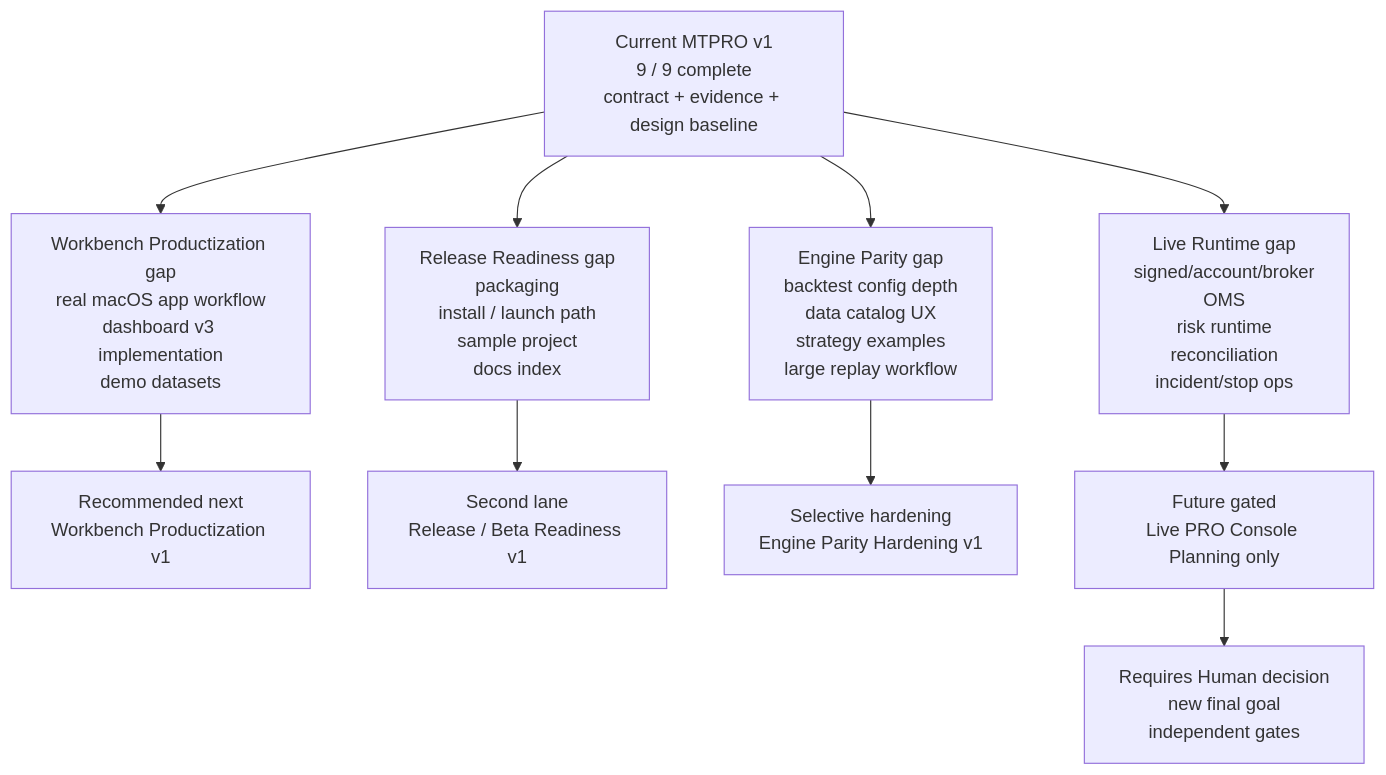
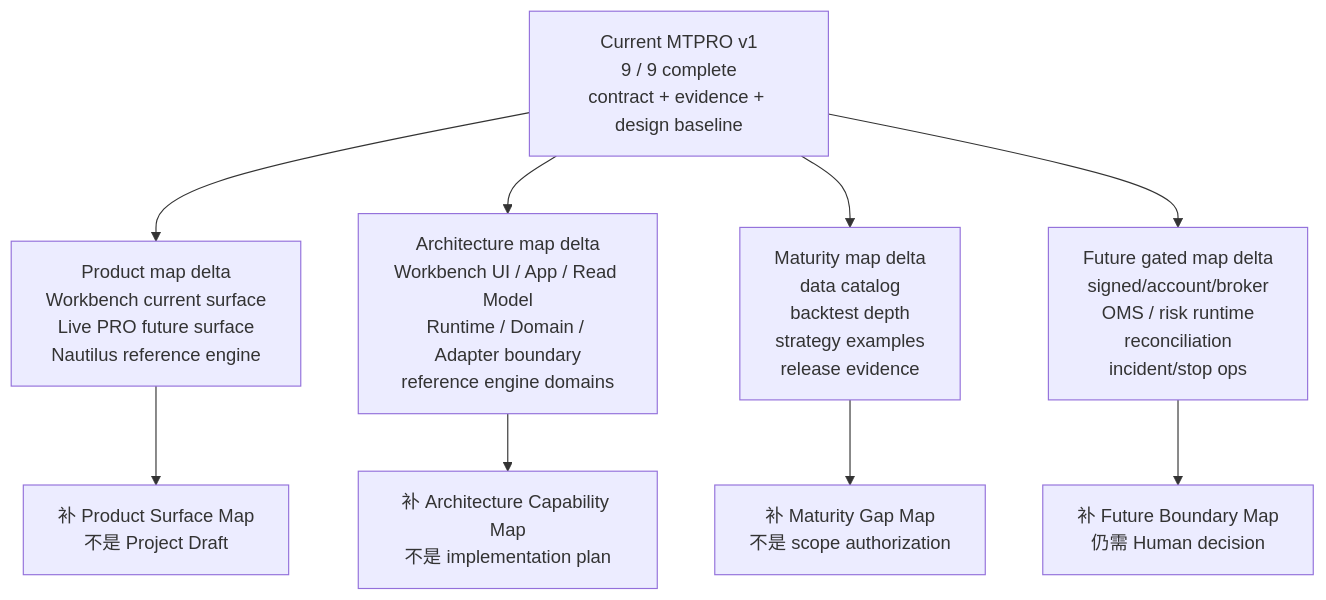
The second of 3 diagrams in docs/product/mtpro-reference-alignment-gap-map-v1.md (atxinbao/MTPRO), drawn with Mermaid before and after one commit. The commit also changed other lines of this file and 4 other files, not shown here.

Commit message:
Refine reference gap map as map delta

````diff
--- a/docs/product/mtpro-reference-alignment-gap-map-v1.md
+++ b/docs/product/mtpro-reference-alignment-gap-map-v1.md
@@ -109,16 +137,14 @@
 ```mermaid
 flowchart TD
     A["Current MTPRO v1<br/>9 / 9 complete<br/>contract + evidence + design baseline"]
 
-    A --> B["Workbench Productization gap<br/>real macOS app workflow<br/>dashboard v3 implementation<br/>demo datasets"]
-    A --> C["Release Readiness gap<br/>packaging<br/>install / launch path<br/>sample project<br/>docs index"]
-    A --> D["Engine Parity gap<br/>backtest config depth<br/>data catalog UX<br/>strategy examples<br/>large replay workflow"]
-    A --> E["Live Runtime gap<br/>signed/account/broker<br/>OMS<br/>risk runtime<br/>reconciliation<br/>incident/stop ops"]
+    A --> B["Product map delta<br/>Workbench current surface<br/>Live PRO future surface<br/>Nautilus reference engine"]
+    A --> C["Architecture map delta<br/>Workbench UI / App / Read Model<br/>Runtime / Domain / Adapter boundary<br/>reference engine domains"]
+    A --> D["Maturity map delta<br/>data catalog<br/>backtest depth<br/>strategy examples<br/>release evidence"]
+    A --> E["Future gated map delta<br/>signed/account/broker<br/>OMS / risk runtime<br/>reconciliation<br/>incident/stop ops"]
 
-    B --> N1["Recommended next<br/>Workbench Productization v1"]
-    C --> N2["Second lane<br/>Release / Beta Readiness v1"]
-    D --> N3["Selective hardening<br/>Engine Parity Hardening v1"]
-    E --> G["Future gated<br/>Live PRO Console Planning only"]
-
-    G --> H["Requires Human decision<br/>new final goal<br/>independent gates"]
+    B --> M1["补 Product Surface Map<br/>不是 Project Draft"]
+    C --> M2["补 Architecture Capability Map<br/>不是 implementation plan"]
+    D --> M3["补 Maturity Gap Map<br/>不是 scope authorization"]
+    E --> M4["补 Future Boundary Map<br/>仍需 Human decision"]
 ```
````
